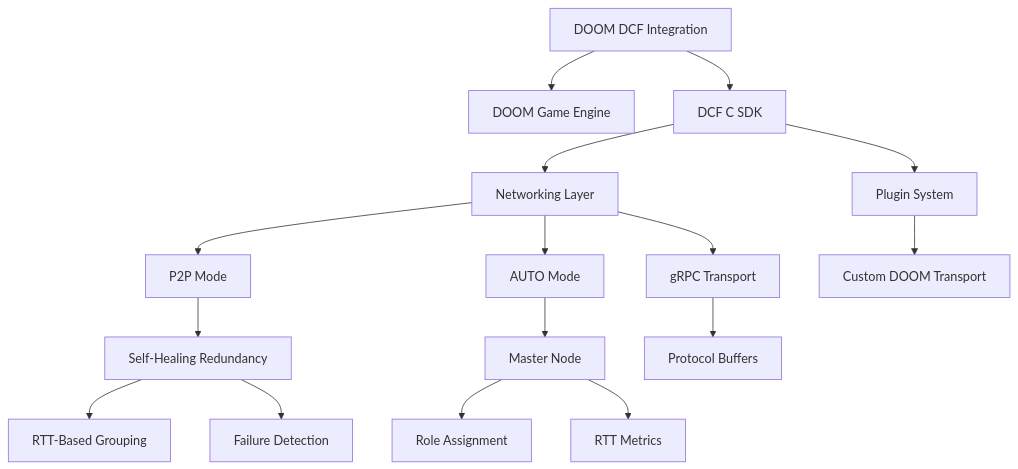
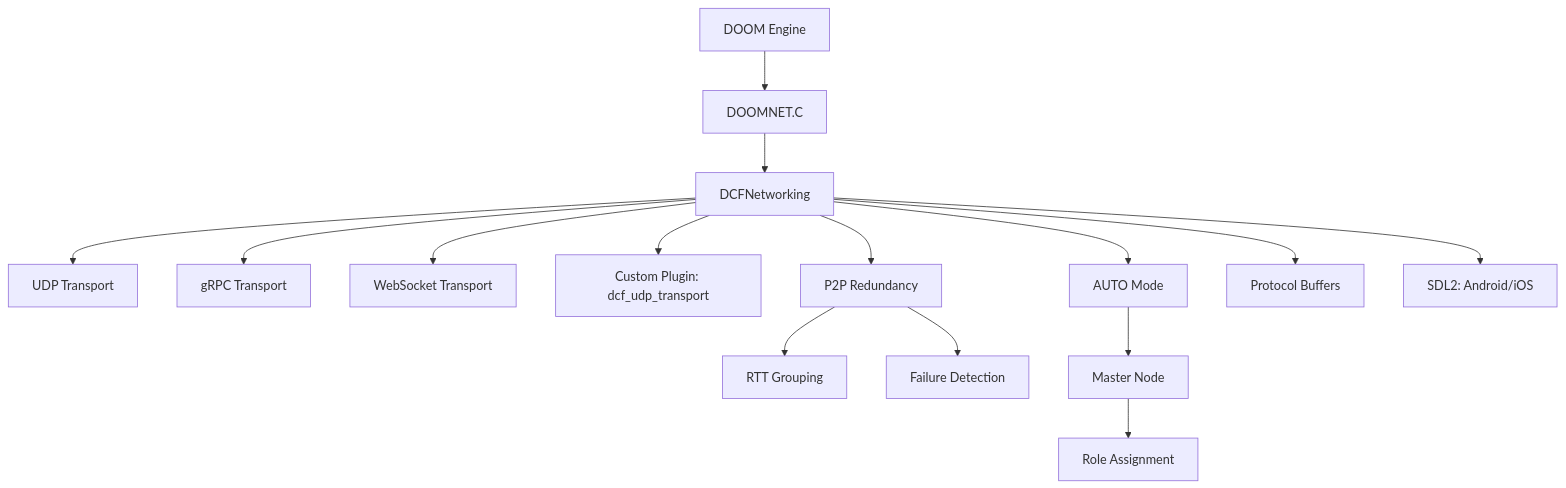
The diagram in README.markdown (ALH477/DOOM), drawn with Mermaid before and after one commit. The commit also changed other lines of this file, not shown here.

````diff
--- a/README.markdown
+++ b/README.markdown
@@ -25,18 +30,17 @@
 ```mermaid
 graph TD
-    A[DOOM DCF Integration] --> B[DOOM Game Engine]
-    A --> C[DCF C SDK]
-    C --> D[Networking Layer]
-    D --> E[P2P Mode]
-    D --> F[AUTO Mode]
-    F --> G[Master Node]
-    G --> H[Role Assignment]
-    G --> I[RTT Metrics]
-    E --> J[Self-Healing Redundancy]
-    J --> K[RTT-Based Grouping]
-    J --> L[Failure Detection]
-    D --> M[gRPC Transport]
-    M --> N[Protocol Buffers]
-    C --> O[Plugin System]
-    O --> P[Custom DOOM Transport]
+    A[DOOM Engine] --> B[DOOMNET.C]
+    B --> C[DCFNetworking]
+    C --> D[UDP Transport]
+    C --> E[gRPC Transport]
+    C --> F[WebSocket Transport]
+    C --> G[Custom Plugin: dcf_udp_transport]
+    C --> H[P2P Redundancy]
+    H --> I[RTT Grouping]
+    H --> J[Failure Detection]
+    C --> K[AUTO Mode]
+    K --> L[Master Node]
+    L --> M[Role Assignment]
+    C --> N[Protocol Buffers]
+    C --> O[SDL2: Android/iOS]
 ```
````
